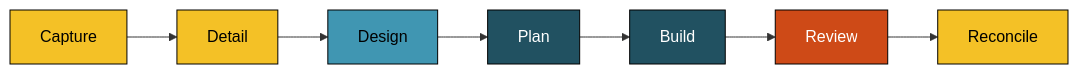
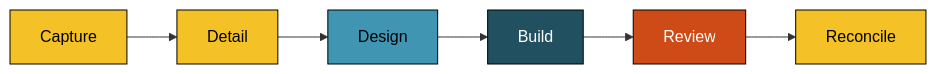
The diagram in docs/guidebook/process/index.md (Scouterna/wsj27-campfire), drawn with Mermaid before and after one commit. The commit also changed other lines of this file and 93 other files, not shown here.

````diff
--- a/docs/guidebook/process/index.md
+++ b/docs/guidebook/process/index.md
@@ -36,17 +30,16 @@
 ```mermaid
 flowchart LR
-  Capture --> Detail --> Design --> Plan --> Build --> Review --> Reconcile
+  Capture --> Detail --> Design --> Build --> Review --> Reconcile
 
   Capture:::analyst
   Detail:::analyst
   Reconcile:::analyst
   Design:::architect
-  Plan:::developer
   Build:::developer
   Review:::reviewer
 
   classDef analyst fill:#f4c126,stroke:#000000,color:#000000
   classDef architect fill:#4096b2,stroke:#000000,color:#000000
   classDef developer fill:#215161,stroke:#000000,color:#ffffff
   classDef reviewer fill:#ce4a17,stroke:#000000,color:#ffffff
 ```
````
